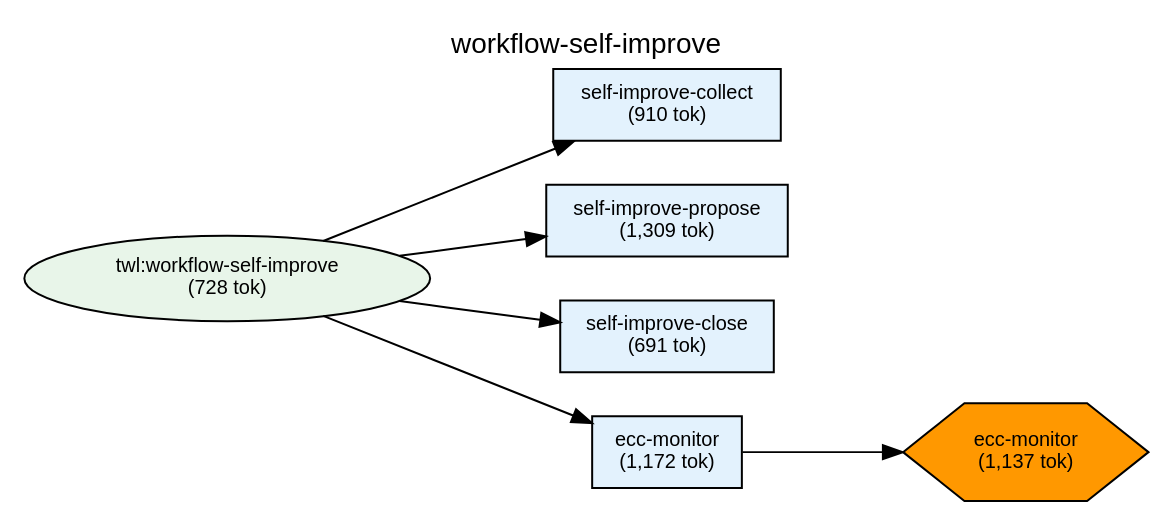
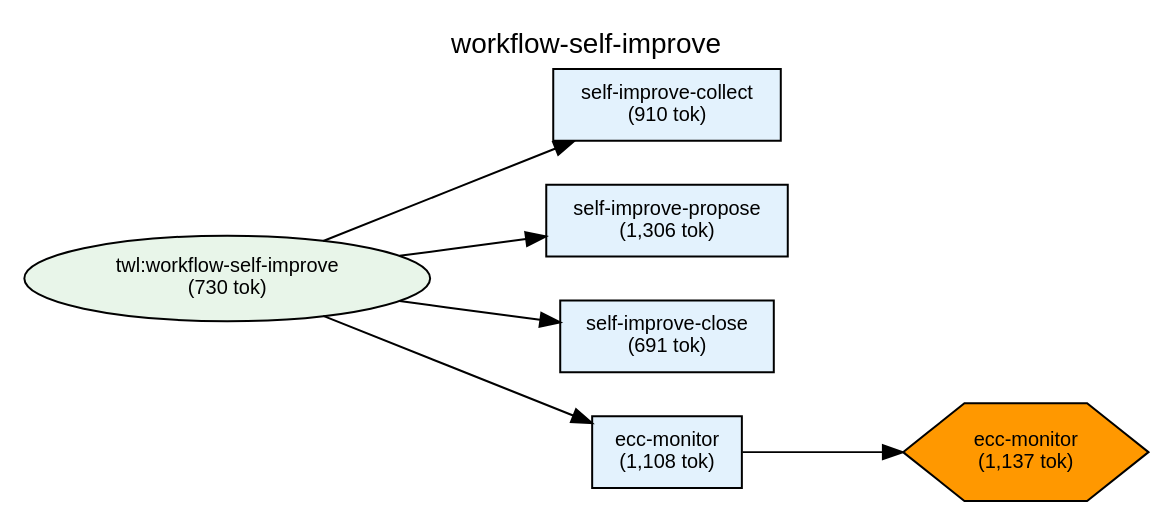
Before and after one commit to shuu5/twill: the diagram in plugins/twl/docs/deps-workflow-self-improve.dot, drawn with Graphviz. The commit also changed 28 other files, not shown here.

First line of the commit message:
feat(plugins-twl): workflow-plugin-create / workflow-plugin-diagnose 新設

```diff
--- a/plugins/twl/docs/deps-workflow-self-improve.dot
+++ b/plugins/twl/docs/deps-workflow-self-improve.dot
@@ -1,54 +1,54 @@
 digraph Dependencies {
     // Graph settings
     rankdir=LR;
     ranksep=0.8;
     nodesep=0.3;
     fontname="Helvetica";
     node [fontname="Helvetica", fontsize=10];
     edge [fontname="Helvetica", fontsize=9];
     label="workflow-self-improve";
     labelloc=t;
     fontsize=14;
 
     // L0: Controller Skills
 
     // L0: Launchers
 
     // L0.5: Workflow Skills
-    skill_workflow_self_improve [label="twl:workflow-self-improve\n(728 tok)", shape=ellipse, style=filled, fillcolor="#e8f5e9"];
+    skill_workflow_self_improve [label="twl:workflow-self-improve\n(730 tok)", shape=ellipse, style=filled, fillcolor="#e8f5e9"];
 
     // Reference Skills
 
     // L1: Direct Commands
     cmd_self_improve_collect [label="self-improve-collect\n(910 tok)", shape=box, style=filled, fillcolor="#e3f2fd"];
-    cmd_self_improve_propose [label="self-improve-propose\n(1,309 tok)", shape=box, style=filled, fillcolor="#e3f2fd"];
+    cmd_self_improve_propose [label="self-improve-propose\n(1,306 tok)", shape=box, style=filled, fillcolor="#e3f2fd"];
     cmd_self_improve_close [label="self-improve-close\n(691 tok)", shape=box, style=filled, fillcolor="#e3f2fd"];
-    cmd_ecc_monitor [label="ecc-monitor\n(1,172 tok)", shape=box, style=filled, fillcolor="#e3f2fd"];
+    cmd_ecc_monitor [label="ecc-monitor\n(1,108 tok)", shape=box, style=filled, fillcolor="#e3f2fd"];
 
     // L2: Sub Commands
 
     // L3: Agents
 
     // L3.5: Scripts
     script_ecc_monitor [label="ecc-monitor\n(1,137 tok)", shape=hexagon, style=filled, fillcolor="#FF9800"];
 
     // L4: External
 
     // Layer constraints
     { rank=same; skill_workflow_self_improve; }
     { rank=same; cmd_self_improve_collect; cmd_self_improve_propose; cmd_self_improve_close; cmd_ecc_monitor; }
     { rank=same; script_ecc_monitor; }
 
     // Edges
     skill_workflow_self_improve -> cmd_self_improve_collect;
     skill_workflow_self_improve -> cmd_self_improve_propose;
     skill_workflow_self_improve -> cmd_self_improve_close;
     skill_workflow_self_improve -> cmd_ecc_monitor;
     cmd_ecc_monitor -> script_ecc_monitor;
 
     // Ordering constraints (invisible edges)
     cmd_self_improve_collect -> cmd_self_improve_propose [style=invis, weight=10];
     cmd_self_improve_propose -> cmd_self_improve_close [style=invis, weight=10];
     cmd_self_improve_close -> cmd_ecc_monitor [style=invis, weight=10];
 
 }
```
